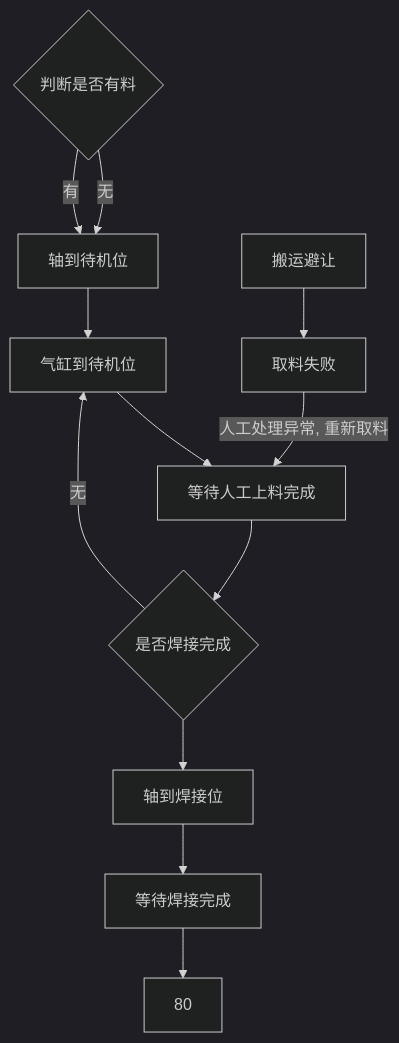
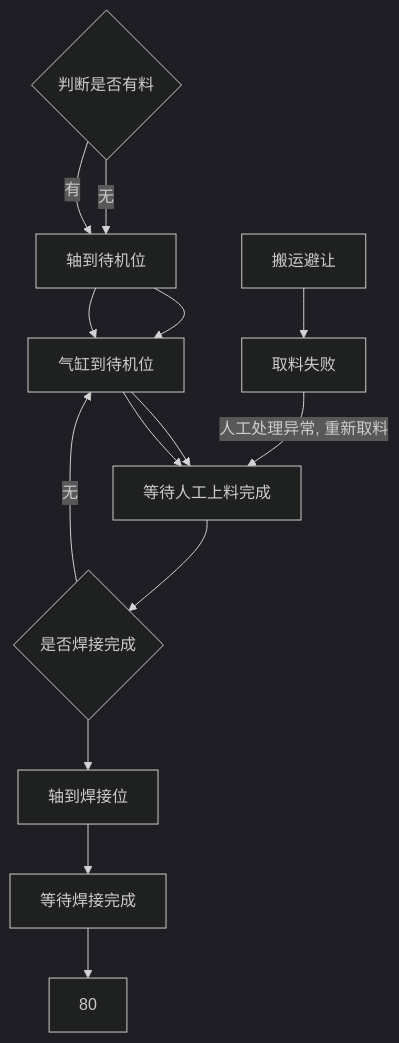
The diagram in all/OP10 上料工位自动流程.md (PengKun1/iodraw-files), drawn with Mermaid (dark theme) before and after one commit.

Commit message:
2024-08-02 11:00:30 update

````diff
--- a/all/OP10 上料工位自动流程.md
+++ b/all/OP10 上料工位自动流程.md
@@ -1,20 +1,21 @@
 ```mermaid
 graph TD
 10{判断是否有料}-->|无|20
 10-->|有|20
 20[轴到待机位]-->30
 30[气缸到待机位]-->40
 40[等待人工上料完成]-->50
 50[气缸固定]-->60
 60[轴到焊接位]-->70
-
 70[等待焊接完成]-->80
+20[轴到待机位]-->30
+30[气缸到待机位]-->40
 
 50{是否焊接完成}-->|无|30
 
 
 
 90[搬运避让]-->900
 
 900[取料失败]-->|人工处理异常, 重新取料|40
 ```
````
